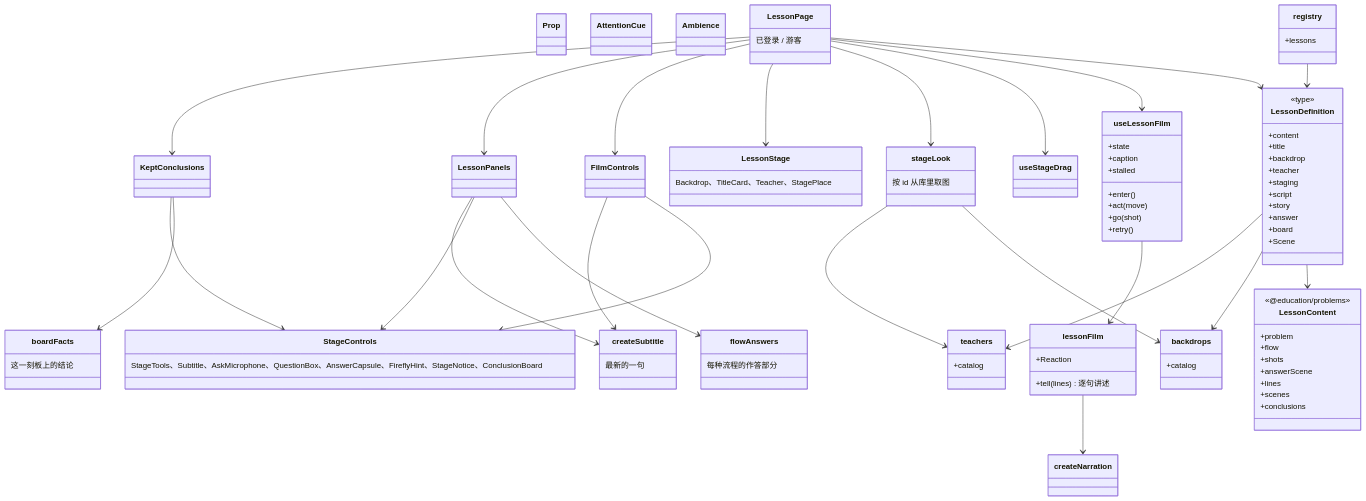
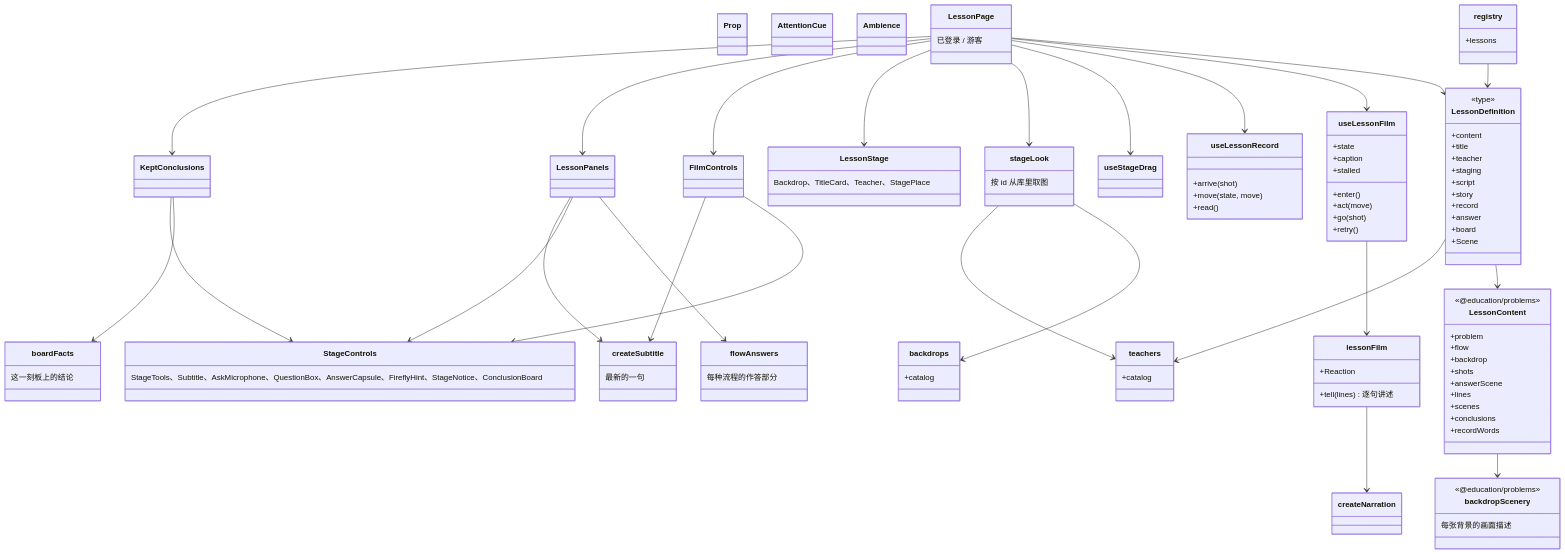
One commit to juanchaopan/education changed the second of 2 diagrams in docs/design/lesson-kit.md. Above: the diagram before and after it, drawn with Mermaid. The commit also changed other lines of this file and 57 other files, not shown here.

````diff
--- a/docs/design/lesson-kit.md
+++ b/docs/design/lesson-kit.md
@@ -75,21 +75,27 @@
     <<@education/problems>>
     +problem
     +flow
+    +backdrop
     +shots
     +answerScene
     +lines
     +scenes
     +conclusions
+    +recordWords
+  }
+  class backdropScenery {
+    <<@education/problems>>
+    每张背景的画面描述
   }
   class LessonDefinition {
     <<type>>
     +content
     +title
-    +backdrop
     +teacher
     +staging
     +script
     +story
+    +record
     +answer
     +board
     +Scene
@@ -106,6 +112,11 @@
     +act(move)
     +go(shot)
     +retry()
+  }
+  class useLessonRecord {
+    +arrive(shot)
+    +move(state, move)
+    +read()
   }
   class useStageDrag
   class LessonStage {
@@ -146,6 +157,7 @@
   }
   LessonPage --> LessonDefinition
   LessonPage --> useLessonFilm
+  LessonPage --> useLessonRecord
   LessonPage --> useStageDrag
   LessonPage --> stageLook
   LessonPage --> LessonStage
@@ -163,8 +175,8 @@
   lessonFilm --> createNarration
   stageLook --> backdrops
   stageLook --> teachers
+  LessonContent --> backdropScenery
   LessonDefinition --> LessonContent
-  LessonDefinition --> backdrops
   LessonDefinition --> teachers
   registry --> LessonDefinition
 ```
````
